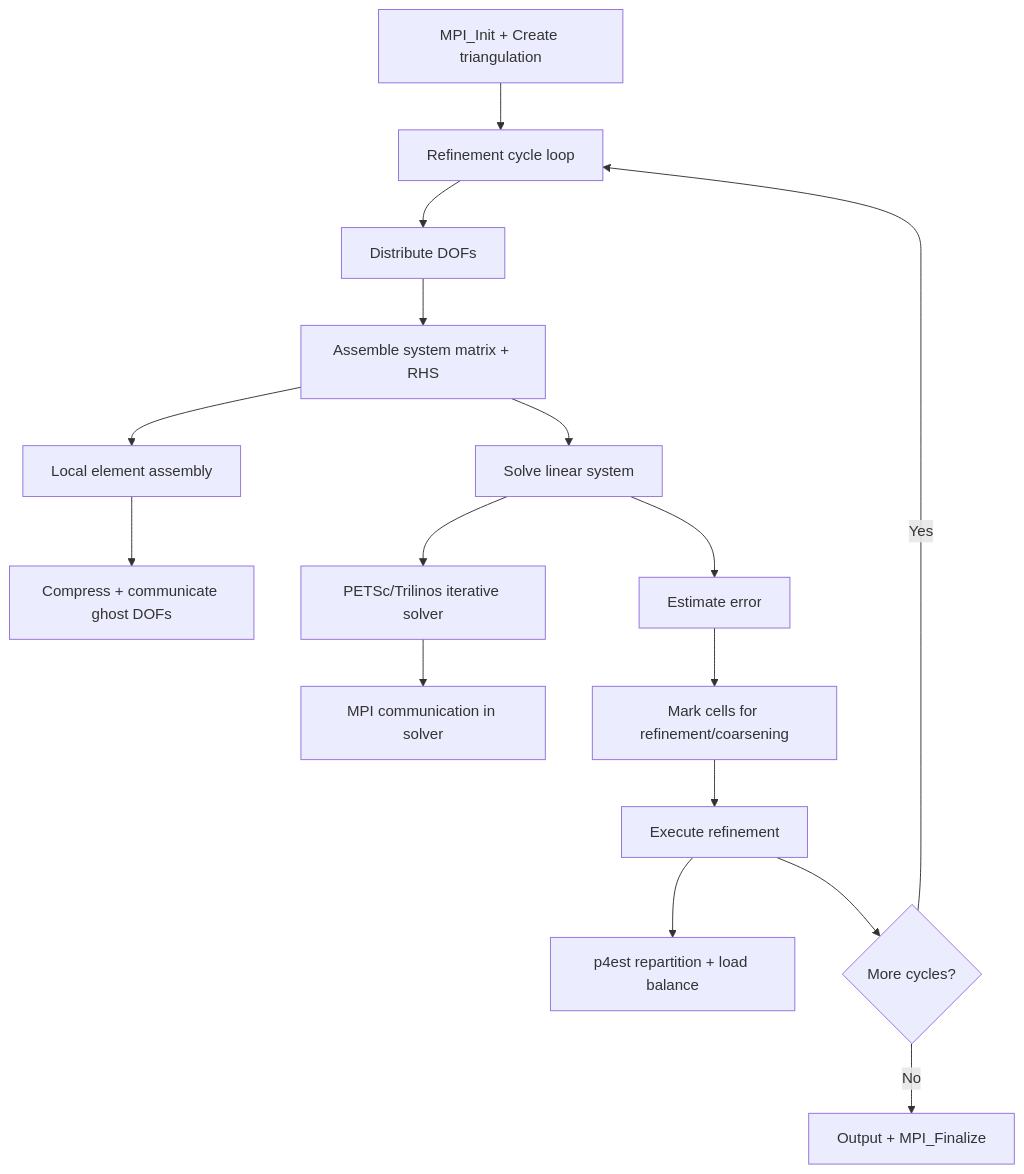
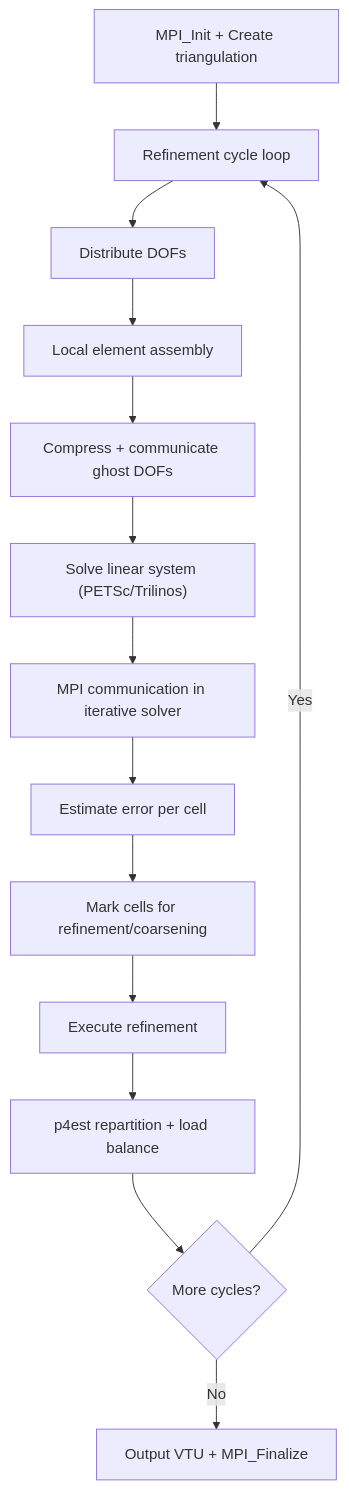
Before and after one commit to ngduchai/guard-agent: the diagram in tests/apps/docs/deal.II/computation_flow.md, drawn with Mermaid. The commit also changed other lines of this file and 19 other files, not shown here.

First line of the commit message:
docs: fix all computation flow diagrams and add output comparison guide

````diff
--- a/tests/apps/docs/deal.II/computation_flow.md
+++ b/tests/apps/docs/deal.II/computation_flow.md
@@ -7,18 +8,16 @@
 ```mermaid
 flowchart TD
     A[MPI_Init + Create triangulation] --> B[Refinement cycle loop]
     B --> C[Distribute DOFs]
-    C --> D[Assemble system matrix + RHS]
-    D --> D1[Local element assembly]
-    D1 --> D2[Compress + communicate ghost DOFs]
-    D --> E[Solve linear system]
-    E --> E1[PETSc/Trilinos iterative solver]
-    E1 --> E2[MPI communication in solver]
-    E --> F[Estimate error]
+    C --> D[Local element assembly]
+    D --> D2[Compress + communicate ghost DOFs]
+    D2 --> E["Solve linear system (PETSc/Trilinos)"]
+    E --> E2[MPI communication in iterative solver]
+    E2 --> F[Estimate error per cell]
     F --> G[Mark cells for refinement/coarsening]
     G --> H[Execute refinement]
     H --> H1[p4est repartition + load balance]
-    H --> I{More cycles?}
+    H1 --> I{More cycles?}
     I -->|Yes| B
-    I -->|No| J[Output + MPI_Finalize]
+    I -->|No| J[Output VTU + MPI_Finalize]
 ```
````
